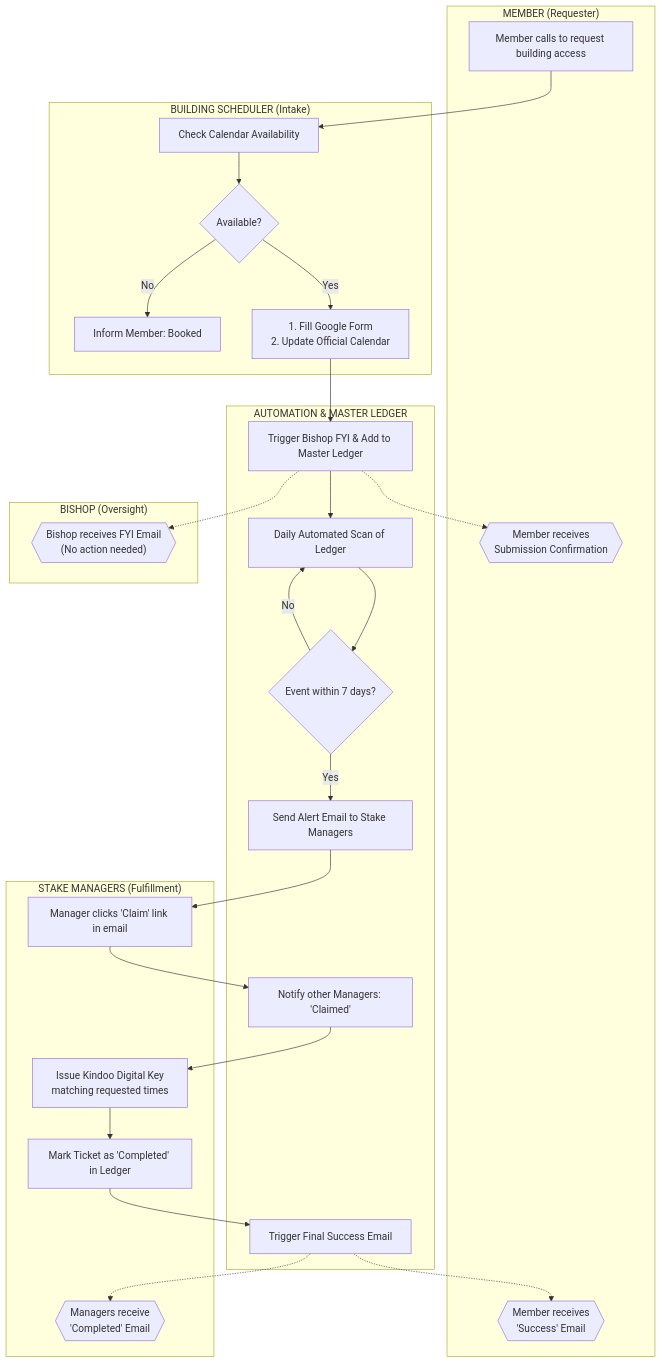
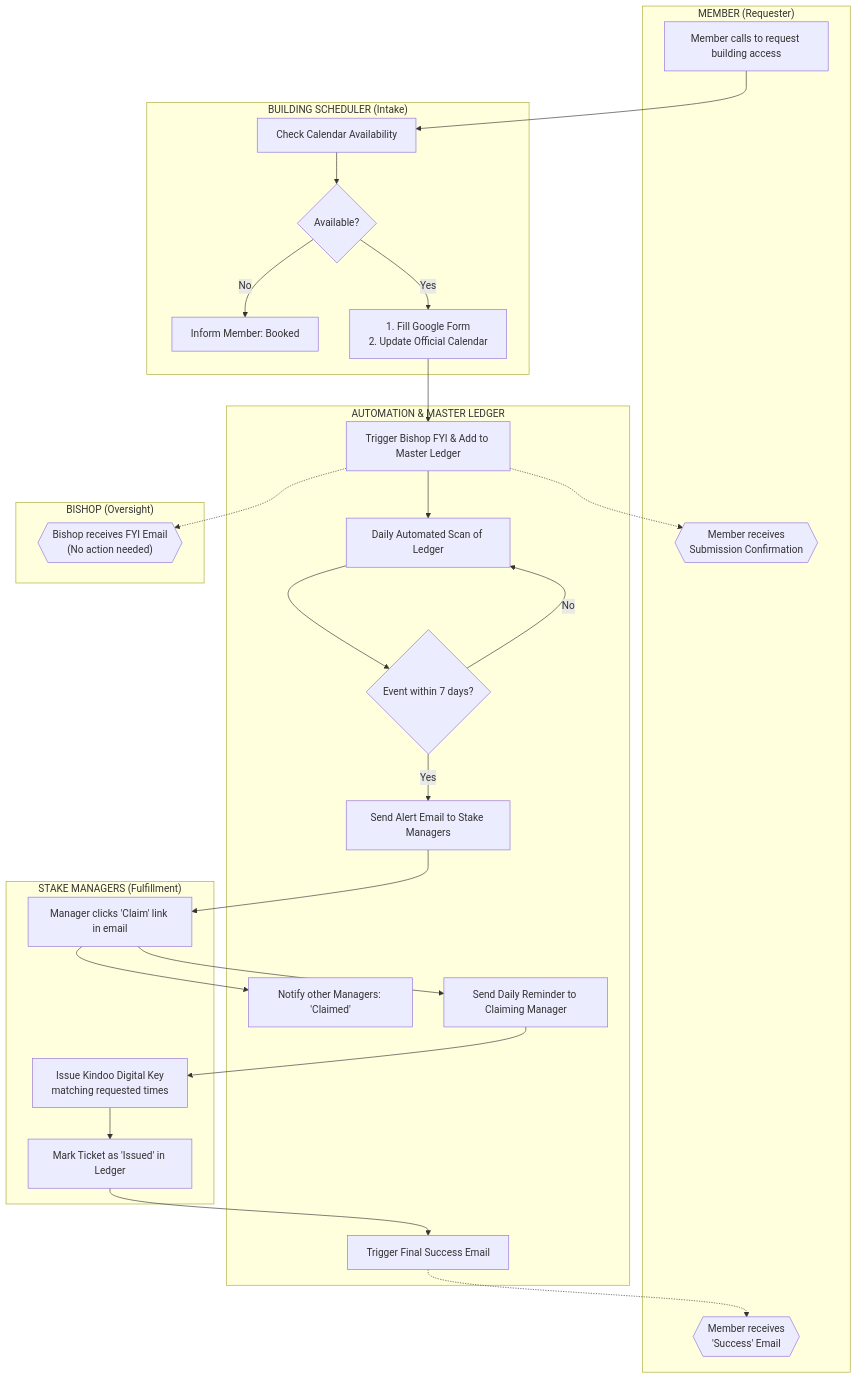
Before and after one commit to BenTullis/kindoo-key-request-form: the diagram in kindoo-stake-manager/building-access-workflow.md, drawn with Mermaid.

````diff
--- a/kindoo-stake-manager/building-access-workflow.md
+++ b/kindoo-stake-manager/building-access-workflow.md
@@ -3,54 +3,54 @@
 ```mermaid
 graph TD
     subgraph "MEMBER (Requester)"
         A1[Member calls to request building access]
         L0{{"Member receives <br/>Submission Confirmation"}}
         L1{{"Member receives <br/>'Success' Email"}}
     end
 
     subgraph "BUILDING SCHEDULER (Intake)"
         B1[Check Calendar Availability]
         B2{Available?}
         B2 -- No --> B3[Inform Member: Booked]
         B4[1. Fill Google Form <br/>2. Update Official Calendar]
     end
 
     subgraph "AUTOMATION & MASTER LEDGER"
         C1[Trigger Bishop FYI & Add to Master Ledger]
         C2[Daily Automated Scan of Ledger]
         C3{Event within 7 days?}
         C4[Send Alert Email to Stake Managers]
         H1[Notify other Managers: 'Claimed']
+        H2[Send Daily Reminder to Claiming Manager]
         K1[Trigger Final Success Email]
     end
 
     subgraph "STAKE MANAGERS (Fulfillment)"
         G1[Manager clicks 'Claim' link in email]
         I1[Issue Kindoo Digital Key <br/>matching requested times]
-        J1[Mark Ticket as 'Completed' in Ledger]
-        M1{{"Managers receive <br/>'Completed' Email"}}
+        J1[Mark Ticket as 'Issued' in Ledger]
     end
 
     subgraph "BISHOP (Oversight)"
         E1{{"Bishop receives FYI Email <br/>(No action needed)"}}
     end
 
     %% Connections
     A1 --> B1
     B1 --> B2
     B2 -- Yes --> B4
     B4 --> C1
     C1 -.-> E1
     C1 -.-> L0
     C1 --> C2
     C2 --> C3
     C3 -- No --> C2
     C3 -- Yes --> C4
     C4 --> G1
     G1 --> H1
-    H1 --> I1
+    G1 --> H2
+    H2 --> I1
     I1 --> J1
     J1 --> K1
     K1 -.-> L1
-    K1 -.-> M1
 ```
````
